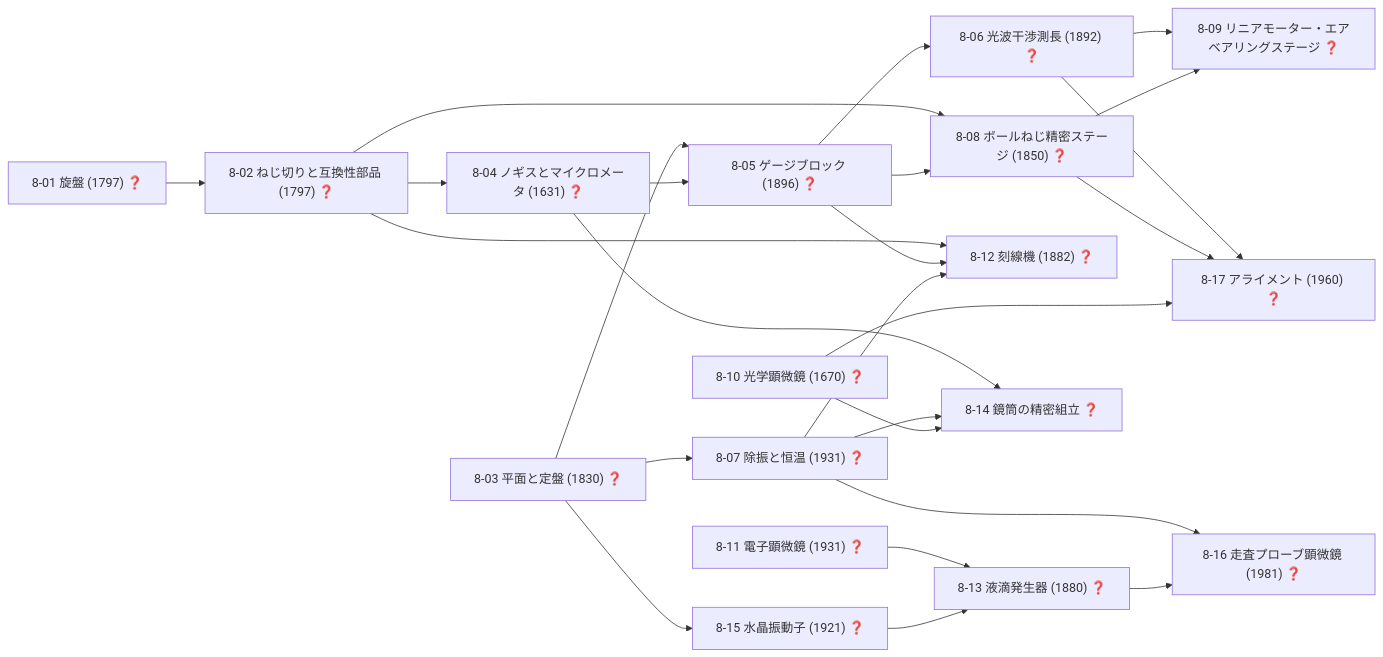
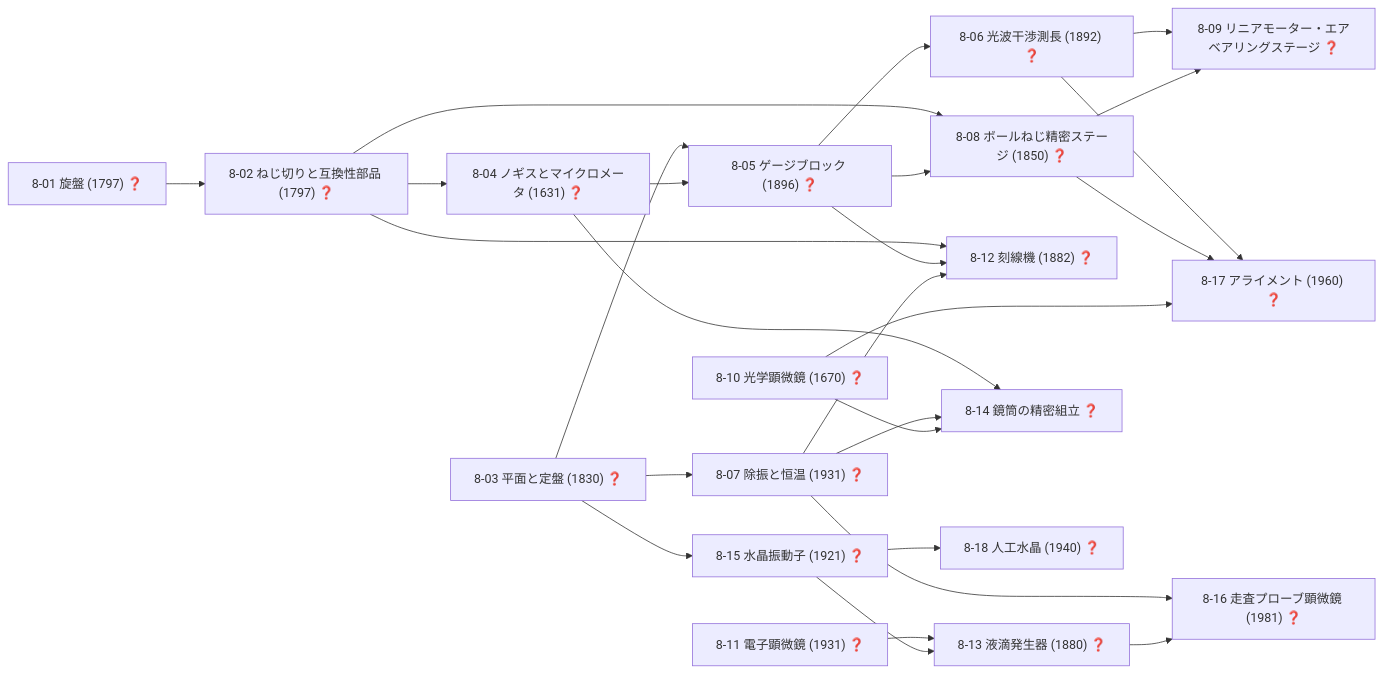
Diagram 11 of 19 in docs/TECH_TREE_VIEW.md (taku3i0317-collab/semiconductor-lab), drawn with Mermaid before and after one commit. The commit also changed other lines of this file and 2 other files, not shown here.

````diff
--- a/docs/TECH_TREE_VIEW.md
+++ b/docs/TECH_TREE_VIEW.md
@@ -493,44 +496,46 @@
 ```mermaid
 graph LR
   n8_01["8-01 旋盤 (1797) ❓"]
   n8_02["8-02 ねじ切りと互換性部品 (1797) ❓"]
   n8_03["8-03 平面と定盤 (1830) ❓"]
   n8_04["8-04 ノギスとマイクロメータ (1631) ❓"]
   n8_05["8-05 ゲージブロック (1896) ❓"]
   n8_06["8-06 光波干渉測長 (1892) ❓"]
   n8_07["8-07 除振と恒温 (1931) ❓"]
   n8_08["8-08 ボールねじ精密ステージ (1850) ❓"]
   n8_09["8-09 リニアモーター・エアベアリングステージ ❓"]
   n8_10["8-10 光学顕微鏡 (1670) ❓"]
   n8_11["8-11 電子顕微鏡 (1931) ❓"]
   n8_12["8-12 刻線機 (1882) ❓"]
   n8_13["8-13 液滴発生器 (1880) ❓"]
   n8_14["8-14 鏡筒の精密組立 ❓"]
   n8_15["8-15 水晶振動子 (1921) ❓"]
   n8_16["8-16 走査プローブ顕微鏡 (1981) ❓"]
   n8_17["8-17 アライメント (1960) ❓"]
+  n8_18["8-18 人工水晶 (1940) ❓"]
   n8_01-->n8_02
   n8_02-->n8_04
   n8_03-->n8_05
   n8_04-->n8_05
   n8_05-->n8_06
   n8_03-->n8_07
   n8_02-->n8_08
   n8_05-->n8_08
   n8_06-->n8_09
   n8_08-->n8_09
   n8_02-->n8_12
   n8_05-->n8_12
   n8_07-->n8_12
   n8_11-->n8_13
   n8_15-->n8_13
   n8_04-->n8_14
   n8_07-->n8_14
   n8_10-->n8_14
   n8_03-->n8_15
   n8_07-->n8_16
   n8_13-->n8_16
   n8_06-->n8_17
   n8_08-->n8_17
   n8_10-->n8_17
+  n8_15-->n8_18
 ```
````
